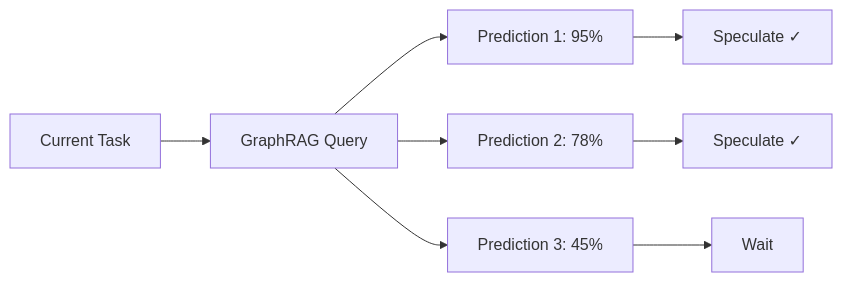
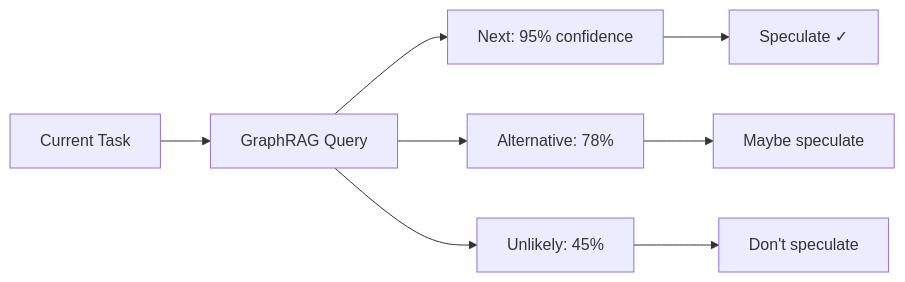
The fourth of 6 diagrams in src/web/posts/2025-12-18-speculative-execution.md (Casys-AI/casys-pml), drawn with Mermaid before and after one commit. The commit also changed other lines of this file and 3 other files, not shown here.

````diff
--- a/src/web/posts/2025-12-18-speculative-execution.md
+++ b/src/web/posts/2025-12-18-speculative-execution.md
@@ -74,10 +95,10 @@
 ```mermaid
 graph LR
     Current[Current Task] --> G[GraphRAG Query]
-    G --> P1[Prediction 1: 95%]
-    G --> P2[Prediction 2: 78%]
-    G --> P3[Prediction 3: 45%]
+    G --> P1[Next: 95% confidence]
+    G --> P2[Alternative: 78%]
+    G --> P3[Unlikely: 45%]
     P1 --> S1[Speculate ✓]
-    P2 --> S2[Speculate ✓]
-    P3 --> W[Wait]
+    P2 --> S2[Maybe speculate]
+    P3 --> W[Don't speculate]
 ```
````
